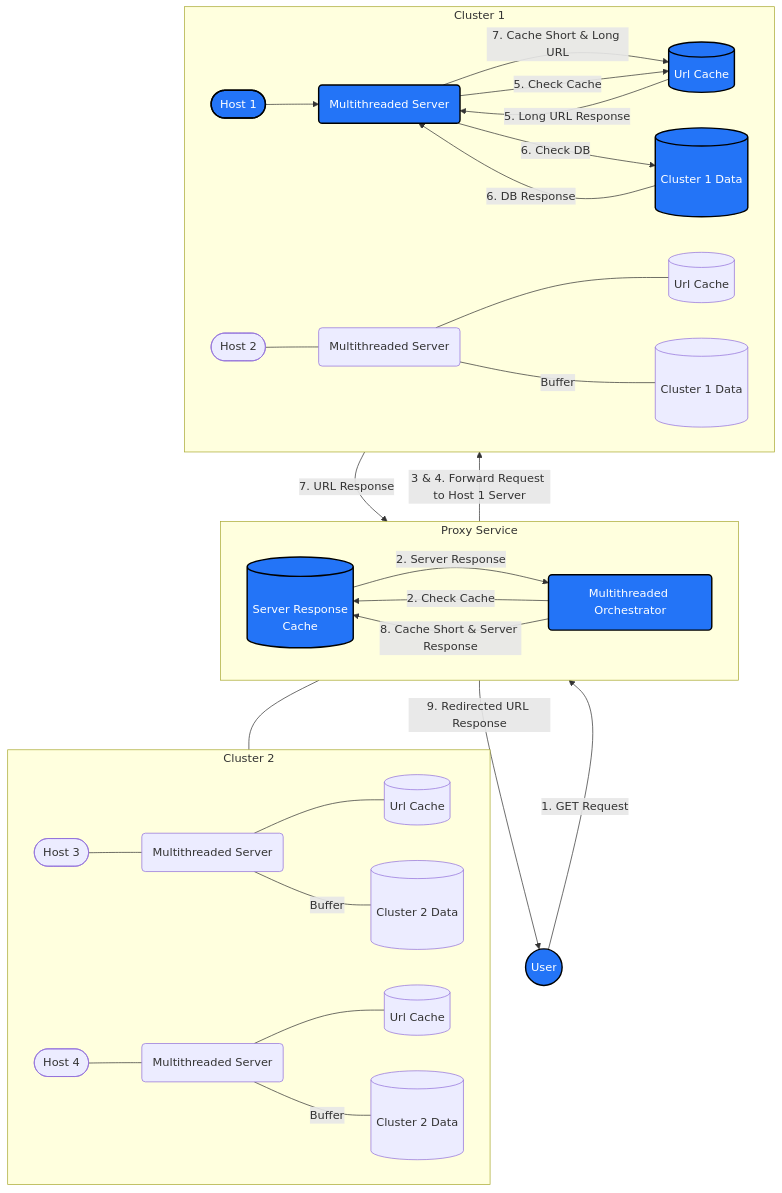
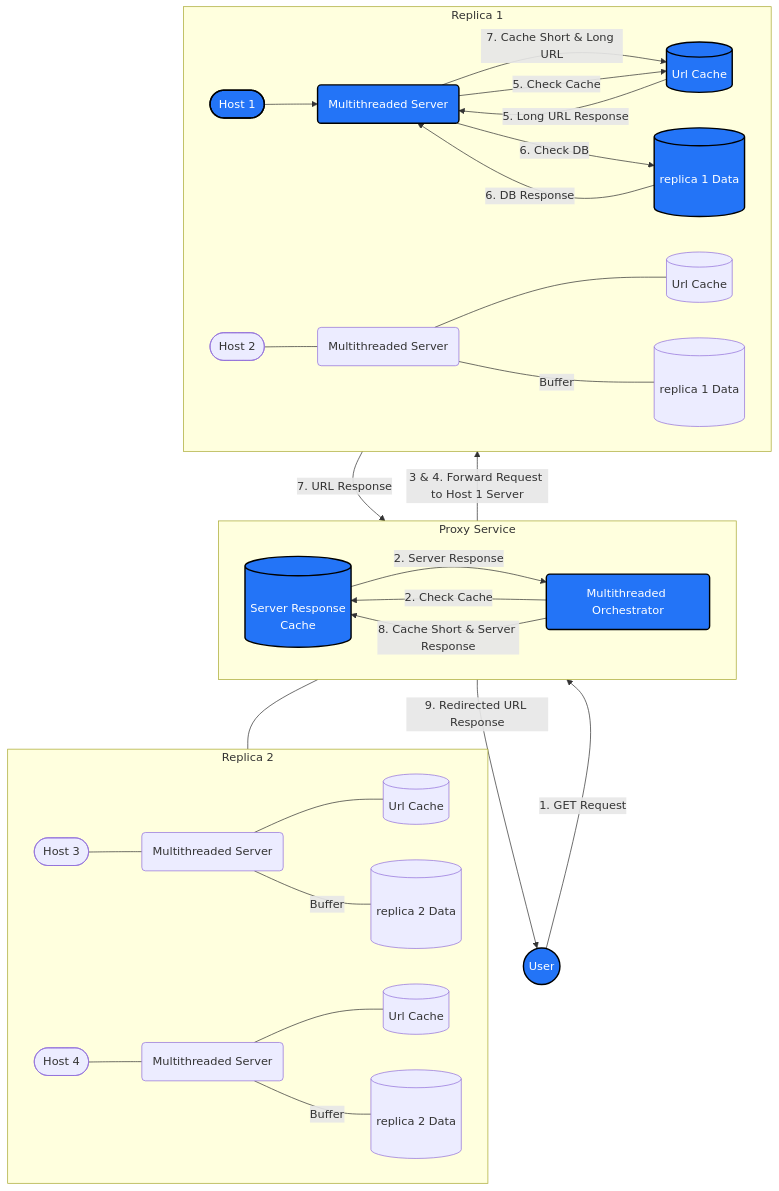
The second of 3 diagrams in README.md (anthonytedja/redirect), drawn with Mermaid before and after one commit. The commit also changed other lines of this file and 18 other files, not shown here.

````diff
--- a/README.md
+++ b/README.md
@@ -96,36 +108,36 @@
 ```mermaid
 graph TD
   user((User)):::blue
   user --> |1. GET Request| proxy
-  proxy --> |3 & 4. Forward Request to Host 1 Server| cluster1
-  proxy --- cluster2
+  proxy --> |3 & 4. Forward Request to Host 1 Server| replica1
+  proxy --- replica2
   proxy --> |9. Redirected URL Response| user
   subgraph proxy["Proxy Service"]
   cache --> |2. Server Response| orchestrator
   orchestrator(Multithreaded Orchestrator):::blue --> |2. Check Cache| cache[(<br>Server Response <br> Cache)]:::blue
   orchestrator --> |8. Cache Short & Server Response| cache
   end
-  subgraph cluster2["Cluster 2"]
+  subgraph replica2["Replica 2"]
   host3([Host 3]) --- server3(Multithreaded Server)
   server3 --- cache3[(Url Cache)]
-  server3 --- |Buffer| cluster2db1[(<br> Cluster 2 Data <br><br>)]
+  server3 --- |Buffer| replica2db1[(<br> replica 2 Data <br><br>)]
   host4([Host 4]) --- server4(Multithreaded Server)
   server4 --- cache4[(Url Cache)]
-  server4 --- |Buffer| cluster2db2[(<br> Cluster 2 Data <br><br>)]
+  server4 --- |Buffer| replica2db2[(<br> replica 2 Data <br><br>)]
   end
-  subgraph cluster1["Cluster 1"]
+  subgraph replica1["Replica 1"]
   host1([Host 1]):::blue --> server1(Multithreaded Server):::blue
   server1 --> |7. Cache Short & Long URL| cache1
   cache1 --> |5. Long URL Response| server1
   server1 --> |5. Check Cache| cache1[(Url Cache)]:::blue
-  cluster1db1 --> |6. DB Response| server1
-  server1 --> |6. Check DB| cluster1db1[(<br> Cluster 1 Data <br><br>)]:::blue
+  replica1db1 --> |6. DB Response| server1
+  server1 --> |6. Check DB| replica1db1[(<br> replica 1 Data <br><br>)]:::blue
   host2([Host 2]) --- server2(Multithreaded Server)
   server2 --- cache2[(Url Cache)]
-  server2 --- |Buffer| cluster1db2[(<br> Cluster 1 Data <br><br>)]
+  server2 --- |Buffer| replica1db2[(<br> replica 1 Data <br><br>)]
   end
-  cluster1 --> |7. URL Response| proxy
+  replica1 --> |7. URL Response| proxy
   
 %% Colors %%
 classDef blue fill:#2374f7,stroke:#000,stroke-width:2px,color:#fff
 ```
````
